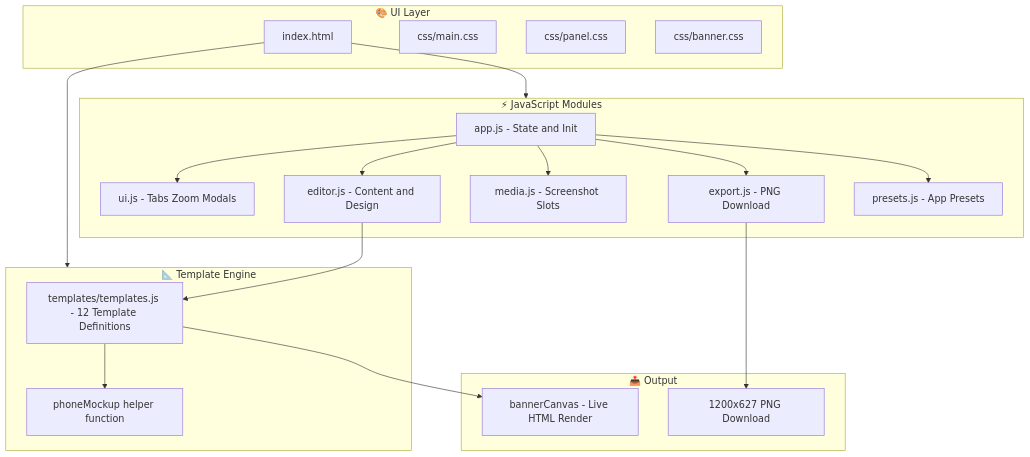
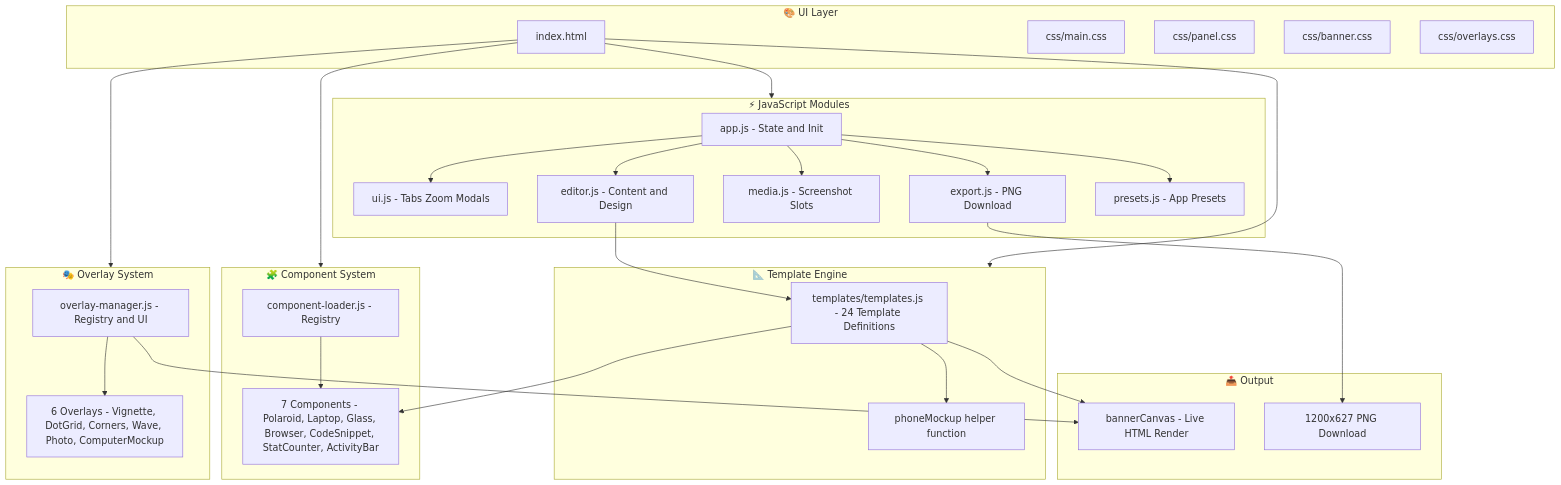
The first of 5 diagrams in README.md (atanucsejgec/LinkedIn_Banner_Designer), drawn with Mermaid before and after one commit. The commit also changed other lines of this file and 23 other files, not shown here.

````diff
--- a/README.md
+++ b/README.md
@@ -372,40 +505,57 @@
 ```mermaid
 graph TB
     subgraph UI["🎨 UI Layer"]
         HTML[index.html]
         CSS_MAIN[css/main.css]
         CSS_PANEL[css/panel.css]
         CSS_BANNER[css/banner.css]
+        CSS_OVERLAYS[css/overlays.css]
     end
 
     subgraph Logic["⚡ JavaScript Modules"]
         APP[app.js - State and Init]
         UI_JS[ui.js - Tabs Zoom Modals]
         EDITOR[editor.js - Content and Design]
         MEDIA[media.js - Screenshot Slots]
         EXPORT[export.js - PNG Download]
         PRESETS[presets.js - App Presets]
     end
 
     subgraph Templates["📐 Template Engine"]
-        TMPL[templates/templates.js - 12 Template Definitions]
+        TMPL["templates/templates.js - 24 Template Definitions"]
         PHONE[phoneMockup helper function]
+    end
+
+    subgraph Components["🧩 Component System"]
+        LOADER[component-loader.js - Registry]
+        COMP_CARDS["7 Components - Polaroid, Laptop, Glass, Browser, CodeSnippet, StatCounter, ActivityBar"]
+    end
+
+    subgraph Overlays["🎭 Overlay System"]
+        OV_MGR[overlay-manager.js - Registry and UI]
+        OV_PLUGINS["6 Overlays - Vignette, DotGrid, Corners, Wave, Photo, ComputerMockup"]
     end
 
     subgraph Output["📤 Output"]
         CANVAS[bannerCanvas - Live HTML Render]
         PNG[1200x627 PNG Download]
     end
 
     HTML --> Logic
     HTML --> Templates
+    HTML --> Components
+    HTML --> Overlays
     APP --> UI_JS
     APP --> EDITOR
     APP --> MEDIA
     APP --> EXPORT
     APP --> PRESETS
     EDITOR --> TMPL
     TMPL --> CANVAS
     TMPL --> PHONE
+    TMPL --> COMP_CARDS
+    LOADER --> COMP_CARDS
+    OV_MGR --> OV_PLUGINS
+    OV_MGR --> CANVAS
     EXPORT --> PNG
 ```
````
